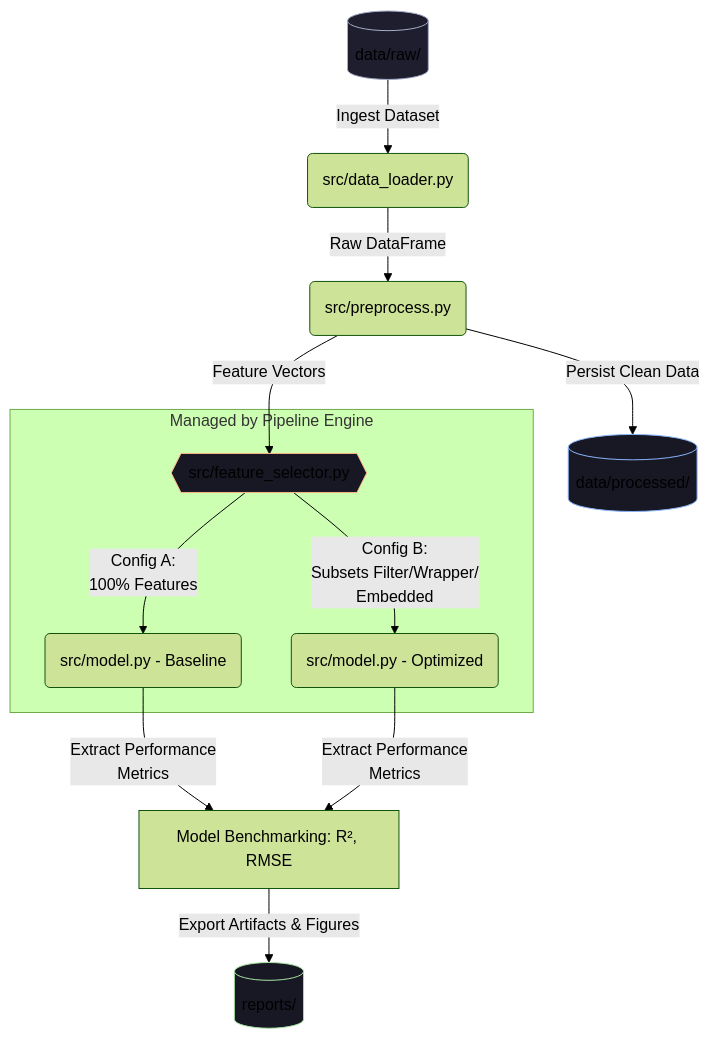
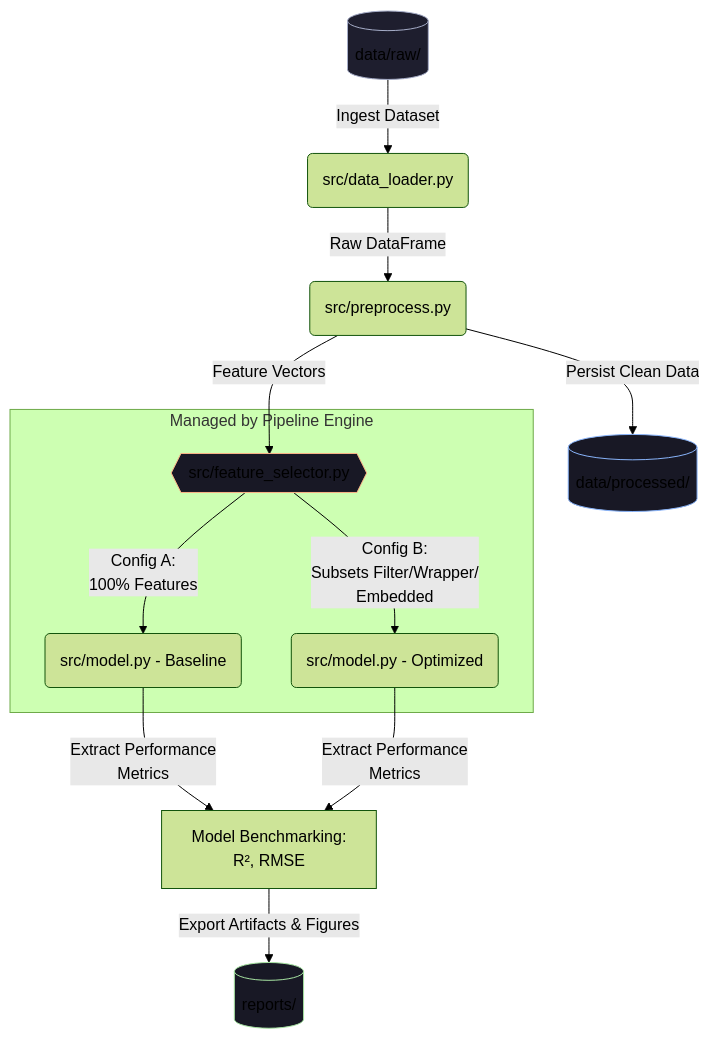
Before and after one commit to AIVIETNAM-AIO-trungcan/Impact_of_Feature_Collection_on_Linear_Regression: the diagram in README.md, drawn with Mermaid (forest theme).

Commit message:
Fix formatting in evaluation section of README

````diff
--- a/README.md
+++ b/README.md
@@ -12,27 +12,27 @@
 ```mermaid
 graph TD
     %% Data Ingestion Layer
     RawData[(data/raw/)] -->|Ingest Dataset| DataLoader(src/data_loader.py)
     DataLoader -->|Raw DataFrame| Preprocess(src/preprocess.py)
     Preprocess -->|Persist Clean Data| ProcessedData[(data/processed/)]
     
     %% Feature Selection Loop (Experimental Stage)
     Preprocess -->|Feature Vectors| FeatureSelector{{src/feature_selector.py}}
     
     subgraph Experimental Evaluation Loop [Managed by Pipeline Engine]
         FeatureSelector -->|Config A:<br>100% Features| ModelBaseline(src/model.py - Baseline)
         FeatureSelector -->|Config B:<br>Subsets Filter/Wrapper/<br>Embedded| ModelOptimized(src/model.py - Optimized)
     end
     
     %% Evaluation & Academic Reporting Layer
-    ModelBaseline -->|Extract Performance<br> Metrics| Evaluate[Model Benchmarking: R², RMSE]
+    ModelBaseline -->|Extract Performance<br> Metrics| Evaluate[Model Benchmarking:<br> R², RMSE]
     ModelOptimized -->|Extract Performance<br> Metrics| Evaluate
     
     Evaluate -->|Export Artifacts & Figures| Reports[(reports/)]
 
     %% Schematic Formatting
     style RawData fill:#1e1e2e,stroke:#a6adc8,stroke-width:1px
     style ProcessedData fill:#181825,stroke:#89b4fa,stroke-width:1px
     style Reports fill:#181825,stroke:#a6e3a1,stroke-width:1px
     style FeatureSelector fill:#181825,stroke:#fab387,stroke-width:1px
 ```
````
